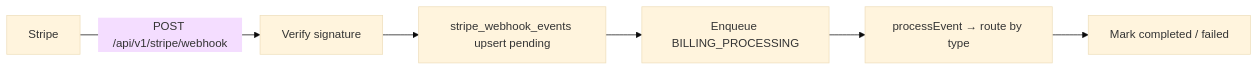
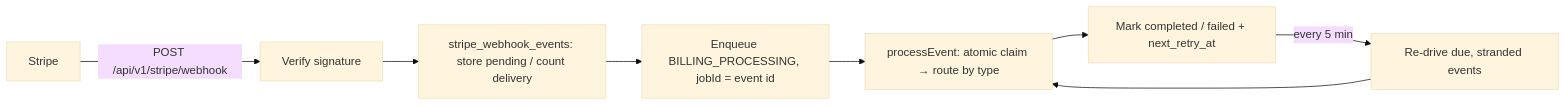
The third of 3 diagrams in docs/BILLING.md (Yazan-Ali-01/complytude-backend), drawn with Mermaid (base theme) before and after one commit. The commit also changed other lines of this file and 22 other files, not shown here.

First line of the commit message:
fix(billing): make stripe webhooks idempotent, order-independent and durably re-driven (T-11)

````diff
--- a/docs/BILLING.md
+++ b/docs/BILLING.md
@@ -126,8 +126,10 @@
 ```mermaid
 flowchart LR
   A[Stripe] -->|POST /api/v1/stripe/webhook| B[Verify signature]
-  B --> C[stripe_webhook_events upsert pending]
-  C --> D[Enqueue BILLING_PROCESSING]
-  D --> E[processEvent → route by type]
-  E --> F[Mark completed / failed]
+  B --> C[stripe_webhook_events: store pending / count delivery]
+  C --> D[Enqueue BILLING_PROCESSING, jobId = event id]
+  D --> E[processEvent: atomic claim → route by type]
+  E --> F[Mark completed / failed + next_retry_at]
+  F -->|every 5 min| G[Re-drive due, stranded events]
+  G --> E
 ```
````
